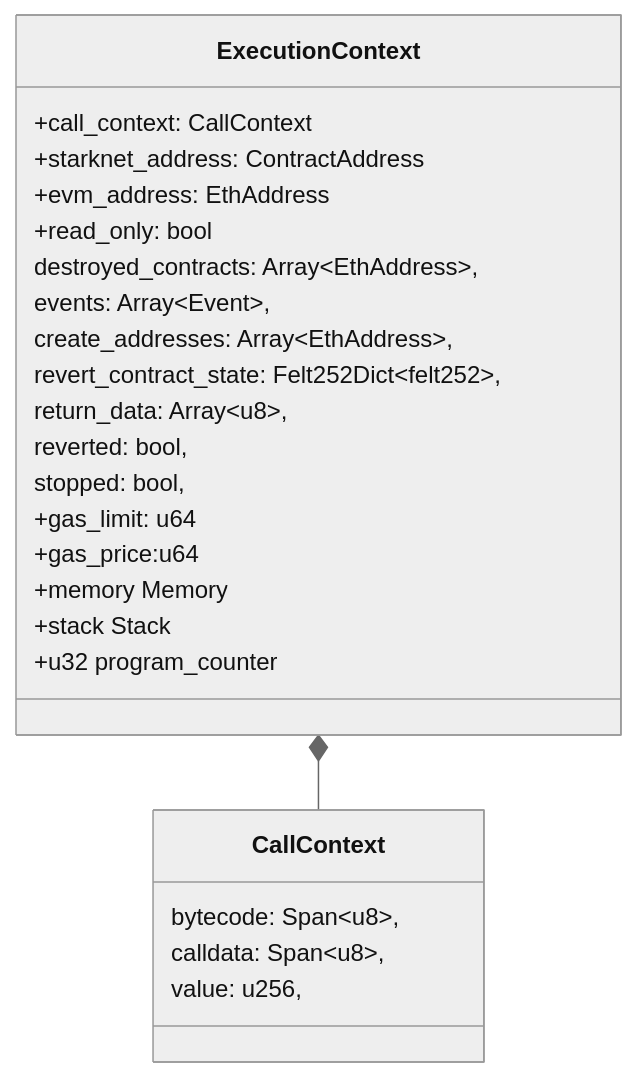
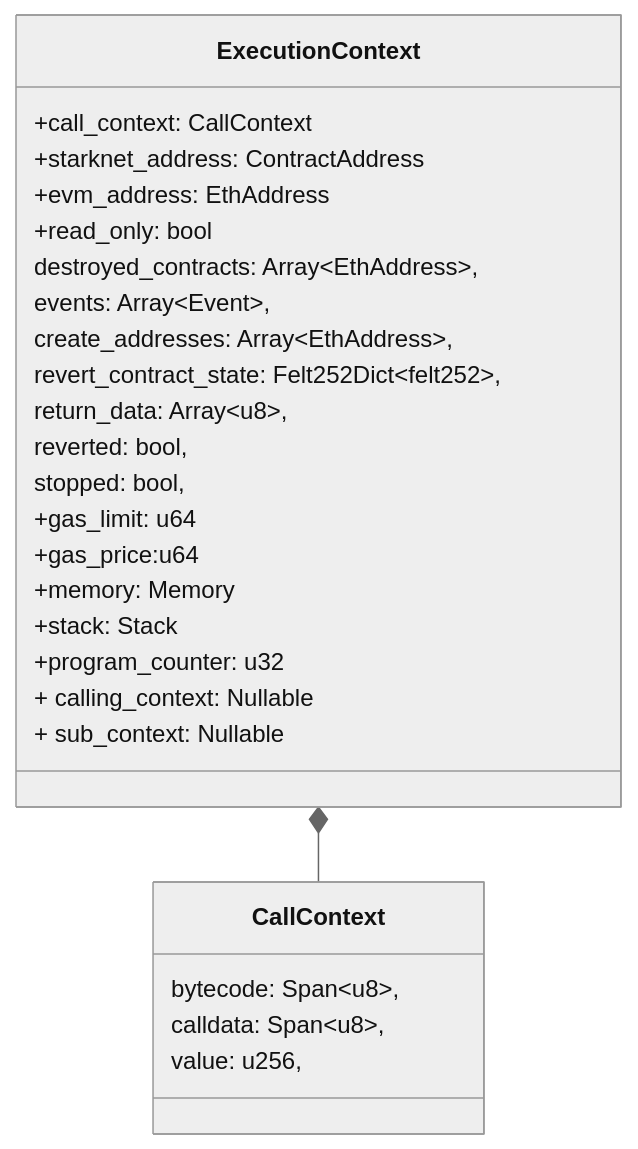
Before and after one commit to kkrt-labs/kakarot-ssj: the first of 2 diagrams in docs/general/model/execution_context.md, drawn with Mermaid (neutral theme). The commit also changed 1 other file, not shown here.

Commit message:
docs: evm-machine design doc

````diff
--- a/docs/general/model/execution_context.md
+++ b/docs/general/model/execution_context.md
@@ -13,28 +13,30 @@
 ```mermaid
 classDiagram
     class ExecutionContext{
     +call_context: CallContext
     +starknet_address: ContractAddress
     +evm_address: EthAddress
     +read_only: bool
     destroyed_contracts: Array~EthAddress~,
     events: Array~Event~,
     create_addresses: Array~EthAddress~,
     revert_contract_state: Felt252Dict~felt252~,
     return_data: Array~u8~,
     reverted: bool,
     stopped: bool,
     +gas_limit: u64
     +gas_price:u64
-    +memory Memory
-    +stack Stack
-    +u32 program_counter
+    +memory: Memory
+    +stack: Stack
+    +program_counter: u32
+    + calling_context: Nullable<ExecutionContext>
+    + sub_context: Nullable<ExecutionContext>
     }
 
     class CallContext{
         bytecode: Span~u8~,
         calldata: Span~u8~,
         value: u256,
     }
     ExecutionContext *-- CallContext
 ```
````
